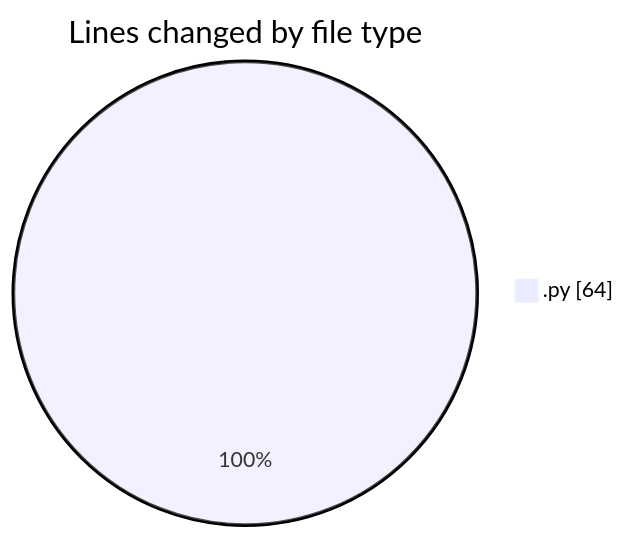
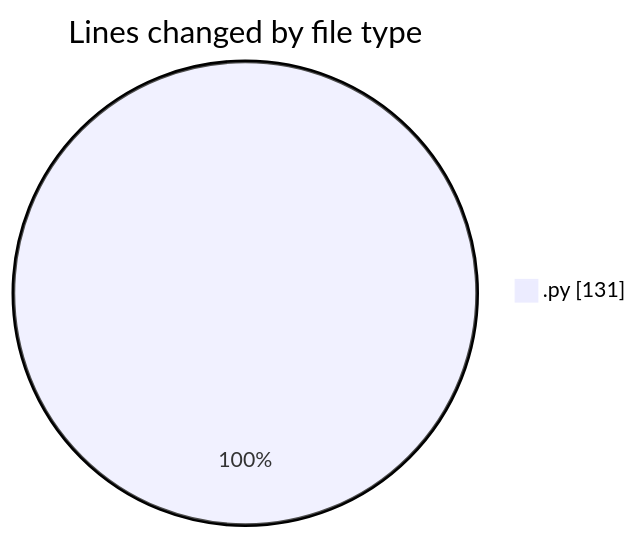
One commit to MatusMokan/code-tracking changed the first of 2 diagrams in 2025-05-08/myws__workspace_/README.md. Above: the diagram before and after it, drawn with Mermaid. The commit also changed other lines of this file and 1 other file, not shown here.

````diff
--- a/2025-05-08/myws__workspace_/README.md
+++ b/2025-05-08/myws__workspace_/README.md
@@ -20,5 +20,5 @@
 ```mermaid
 pie showData
 title Lines changed by file type
-".py" : 64
+".py" : 131
 ```
````
